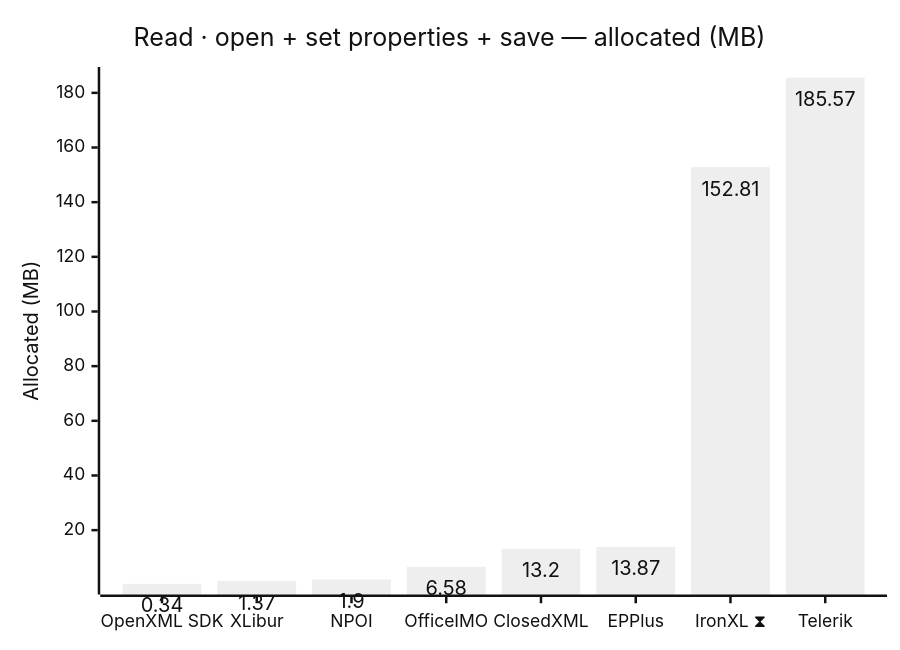
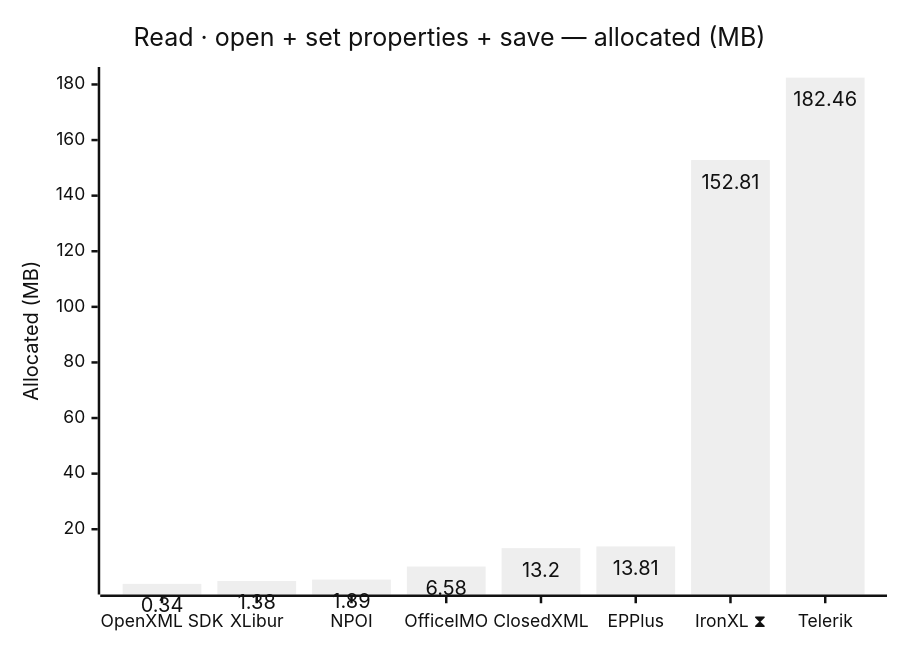
The second of 12 diagrams in docs/results.md (jafin/XLBench), drawn with Mermaid (neutral theme) before and after one commit. The commit also changed other lines of this file and 7 other files, not shown here.

````diff
--- a/docs/results.md
+++ b/docs/results.md
@@ -55,12 +55,12 @@
 ```mermaid
 ---
 config:
   xyChart:
     showDataLabel: true
 ---
 xychart-beta
     title "Read · open + set properties + save — allocated (MB)"
     x-axis ["OpenXML SDK", "XLibur", "NPOI", "OfficeIMO", "ClosedXML", "EPPlus", "IronXL ⧗", "Telerik"]
     y-axis "Allocated (MB)"
-    bar [0.34, 1.37, 1.9, 6.58, 13.2, 13.87, 152.81, 185.57]
+    bar [0.34, 1.38, 1.89, 6.58, 13.2, 13.81, 152.81, 182.46]
 ```
````
